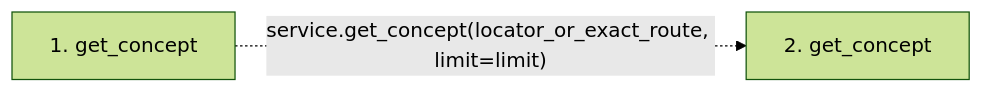
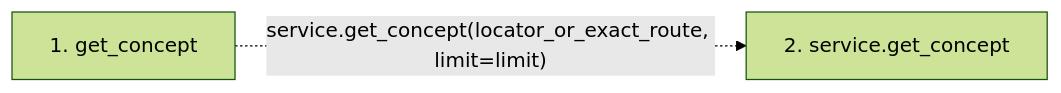
One commit to Denissvgn/python-wiki-llm changed the second of 2 diagrams in docs/llm_wiki/flows/mcp-get_concept.md. Above: the diagram before and after it, drawn with Mermaid (forest theme). The commit also changed other lines of this file and 719 other files, not shown here.

````diff
--- a/docs/llm_wiki/flows/mcp-get_concept.md
+++ b/docs/llm_wiki/flows/mcp-get_concept.md
@@ -19,7 +20,7 @@
 ```mermaid
 flowchart LR
     s1["1. get_concept"]
-    s2["2. get_concept"]
+    s2["2. service.get_concept"]
     s1 -. "service.get_concept(locator_or_exact_route, limit=limit)" .-> s2
     click s1 "../modules/mcp_server.md"
 ```
````
